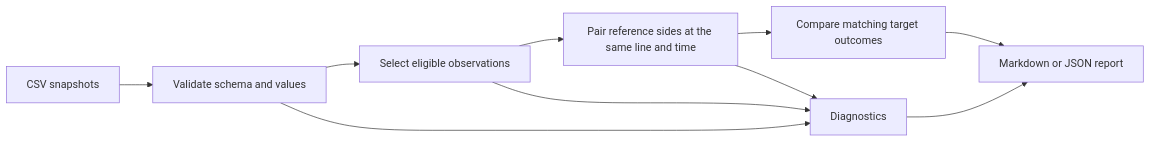
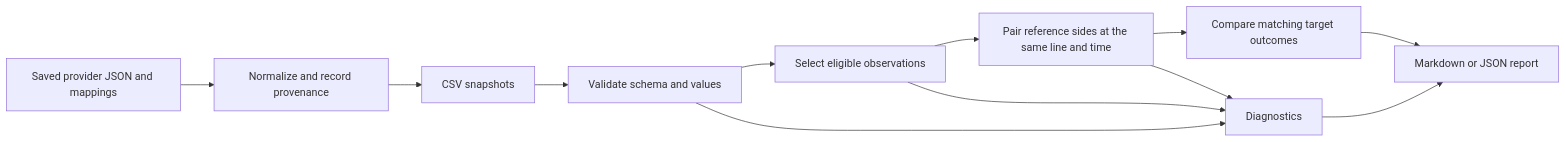
Before and after one commit to samuelfrey98/odds-analysis: the diagram in README.md, drawn with Mermaid. The commit also changed other lines of this file and 13 other files, not shown here.

Commit message:
Add offline provider snapshot import with audit manifests (#1)

````diff
--- a/README.md
+++ b/README.md
@@ -43,12 +44,14 @@
 ```mermaid
 flowchart LR
     CSV[CSV snapshots] --> Validate[Validate schema and values]
+    JSON[Saved provider JSON and mappings] --> Import[Normalize and record provenance]
+    Import --> CSV
     Validate --> Select[Select eligible observations]
     Select --> Pair[Pair reference sides at the same line and time]
     Pair --> Compare[Compare matching target outcomes]
     Compare --> Report[Markdown or JSON report]
     Validate --> Diagnostics[Diagnostics]
     Select --> Diagnostics
     Pair --> Diagnostics
     Diagnostics --> Report
 ```
````
